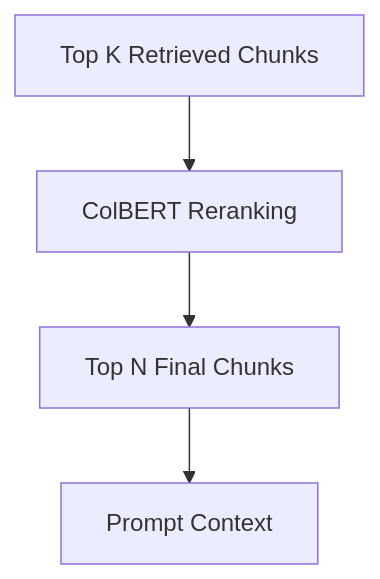
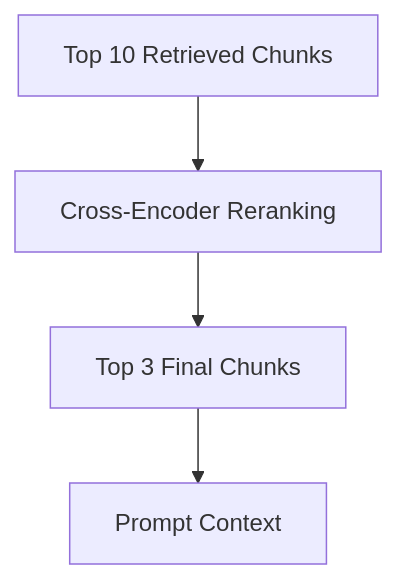
One commit to madushanl/madushanl.github.io changed diagram 11 of 15 in _posts/2026-03-25-building-a-rag-chatbot-how-to-choose-each-component-and-why.markdown. Above: the diagram before and after it, drawn with Mermaid. The commit also changed other lines of this file, not shown here.

Commit message:
Refine RAG chatbot article to reflect updated architecture and component choices, emphasizing a cloud-first design. Adjusted terminology for clarity and improved the ingestion and query-time answering sections.

````diff
--- a/_posts/2026-03-25-building-a-rag-chatbot-how-to-choose-each-component-and-why.markdown
+++ b/_posts/2026-03-25-building-a-rag-chatbot-how-to-choose-each-component-and-why.markdown
@@ -347,6 +346,6 @@
 ```mermaid
 flowchart TD
-    A[Top K Retrieved Chunks] --> B[ColBERT Reranking]
-    B --> C[Top N Final Chunks]
+    A[Top 10 Retrieved Chunks] --> B[Cross-Encoder Reranking]
+    B --> C[Top 3 Final Chunks]
     C --> D[Prompt Context]
 ```
````
